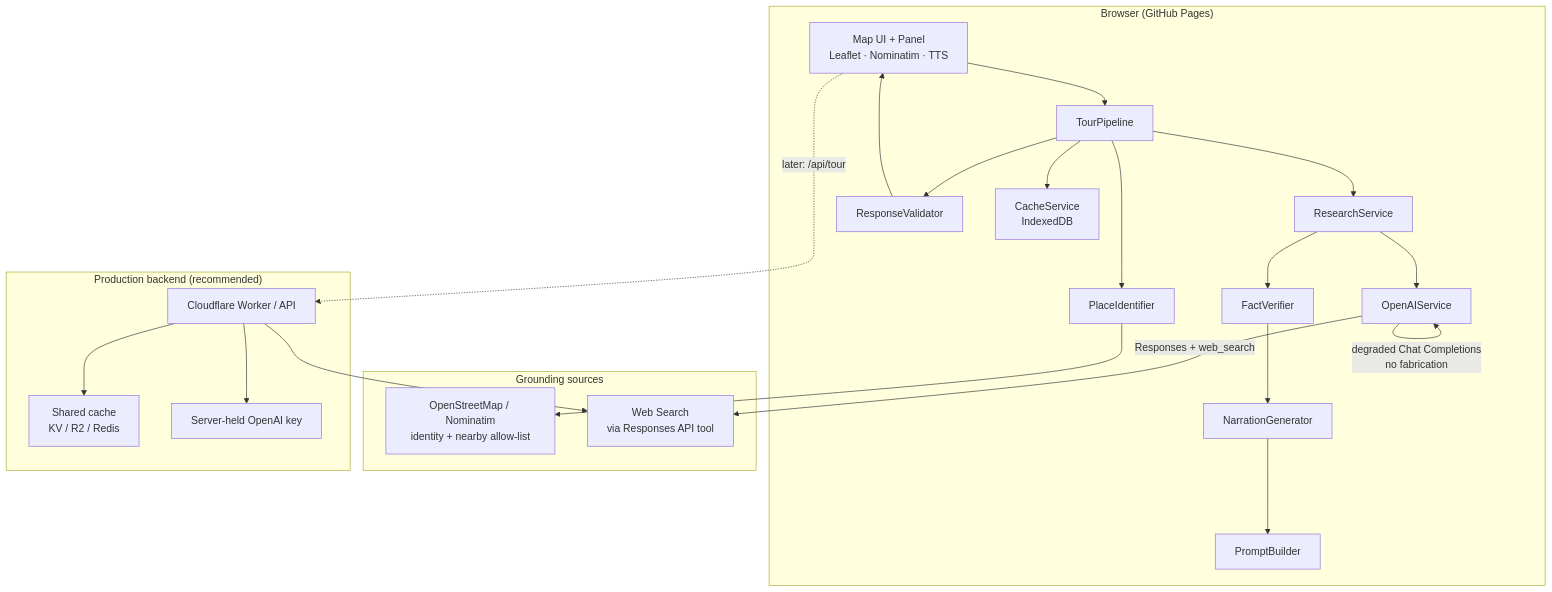
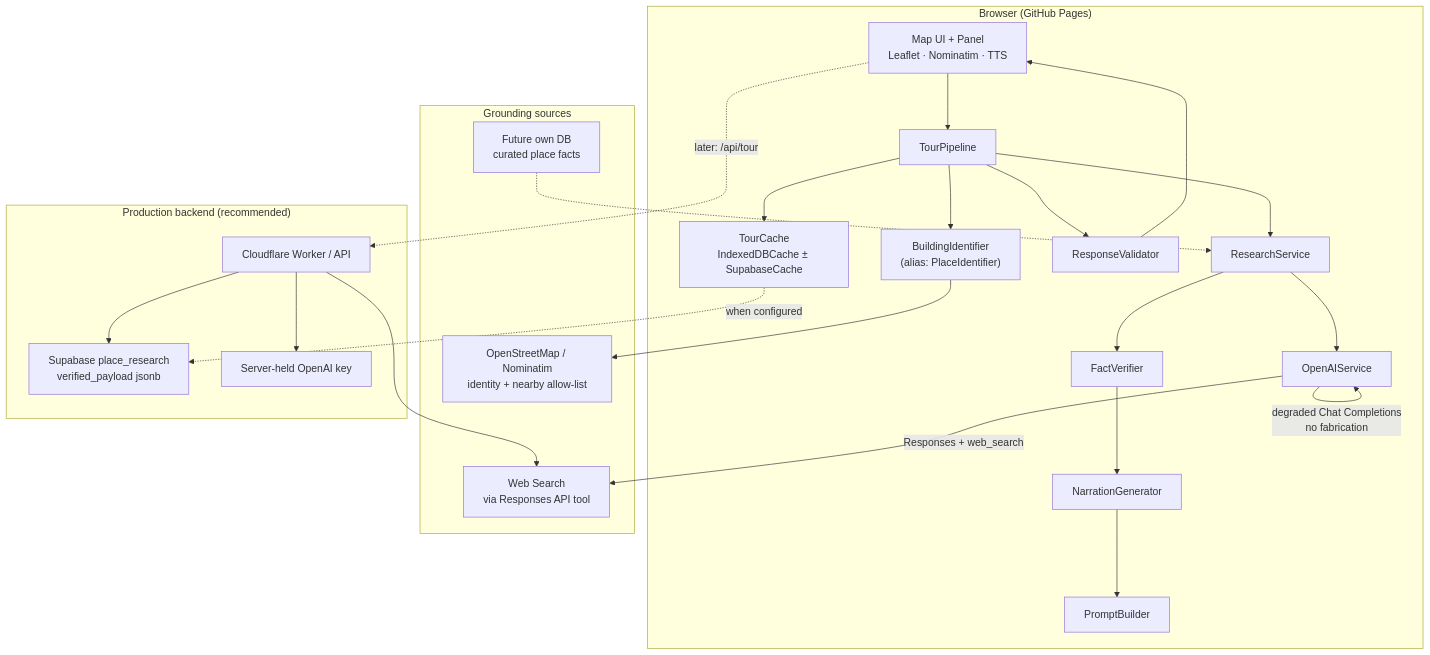
The first of 3 diagrams in docs/AI_ARCHITECTURE.md (spirea89/GuidedCityTour), drawn with Mermaid before and after one commit. The commit also changed other lines of this file and 18 other files, not shown here.

First line of the commit message:
Ship v2.1.0 production AI architecture: Supabase cache design, SOLID aliases, polished docs.

````diff
--- a/docs/AI_ARCHITECTURE.md
+++ b/docs/AI_ARCHITECTURE.md
@@ -25,45 +41,48 @@
 ```mermaid
 flowchart TB
   subgraph Client["Browser (GitHub Pages)"]
     UI["Map UI + Panel<br/>Leaflet · Nominatim · TTS"]
-    ID["PlaceIdentifier"]
+    ID["BuildingIdentifier<br/>(alias: PlaceIdentifier)"]
     PIPE["TourPipeline"]
     PB["PromptBuilder"]
     RS["ResearchService"]
     FV["FactVerifier"]
     NG["NarrationGenerator"]
     RV["ResponseValidator"]
-    CS["CacheService<br/>IndexedDB"]
+    CS["TourCache<br/>IndexedDBCache ± SupabaseCache"]
     OAI["OpenAIService"]
   end
 
   subgraph Sources["Grounding sources"]
     OSM["OpenStreetMap / Nominatim<br/>identity + nearby allow-list"]
     WEB["Web Search<br/>via Responses API tool"]
+    OWN["Future own DB<br/>curated place facts"]
   end
 
-  subgraph Future["Production backend (recommended)"]
+  subgraph Production["Production backend (recommended)"]
     W["Cloudflare Worker / API"]
-    RCache["Shared cache<br/>KV / R2 / Redis"]
+    SB["Supabase place_research<br/>verified_payload jsonb"]
     SK["Server-held OpenAI key"]
   end
 
   UI --> PIPE
   PIPE --> ID
   ID --> OSM
   PIPE --> CS
   PIPE --> RS
   RS --> OAI
   OAI -->|"Responses + web_search"| WEB
   OAI -->|"degraded Chat Completions<br/>no fabrication"| OAI
   RS --> FV
   FV --> NG
   NG --> PB
   PIPE --> RV
   RV --> UI
+  OWN -.-> RS
 
   UI -.->|"later: /api/tour"| W
   W --> SK
-  W --> RCache
+  W --> SB
   W --> WEB
+  CS -.->|"when configured"| SB
 ```
````
